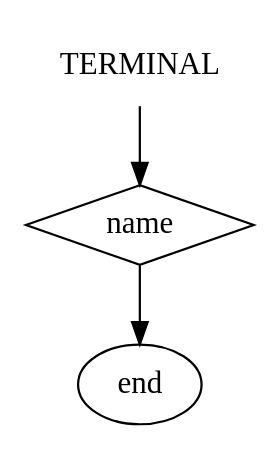
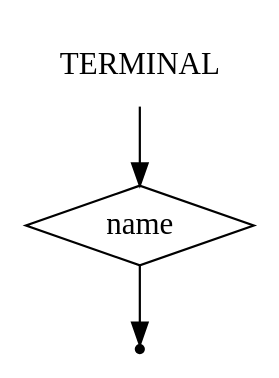
One commit to aVorotnikov/dsl_generator changed the diagram in _examples/rbnf/terminal.gv. Above: the diagram before and after it, drawn with Graphviz. The commit also changed 9 other files, not shown here.

Commit message:
Read dot diagrams

```diff
--- a/_examples/rbnf/terminal.gv
+++ b/_examples/rbnf/terminal.gv
@@ -1,6 +1,7 @@
 digraph TERMINAL {
     start [label=TERMINAL shape=plaintext]
     A [label=name shape=diamond]
+    end [shape=point]
     start -> A
     A -> end
 }
```
